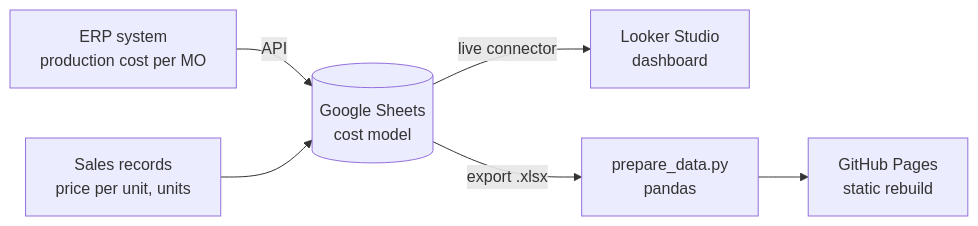
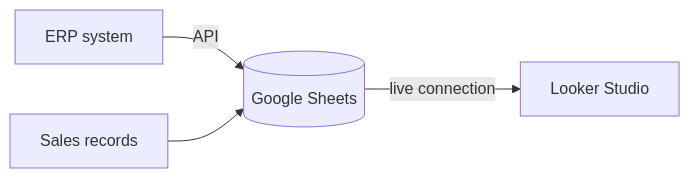
The diagram in README.md (ghorbanianhamed/business-performance-dashboard), drawn with Mermaid before and after one commit. The commit also changed other lines of this file, not shown here.

````diff
--- a/README.md
+++ b/README.md
@@ -79,8 +59,6 @@
 ```mermaid
 flowchart LR
-    A[ERP system<br/>production cost per MO] -- API --> B[(Google Sheets<br/>cost model)]
-    C[Sales records<br/>price per unit, units] --> B
-    B -- live connector --> D[Looker Studio<br/>dashboard]
-    B -- export .xlsx --> E[prepare_data.py<br/>pandas]
-    E --> F[GitHub Pages<br/>static rebuild]
+    A[ERP system] -- API --> B[(Google Sheets)]
+    C[Sales records] --> B
+    B -- live connection --> D[Looker Studio]
 ```
````
